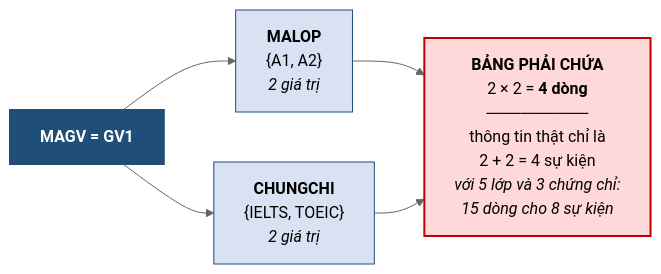
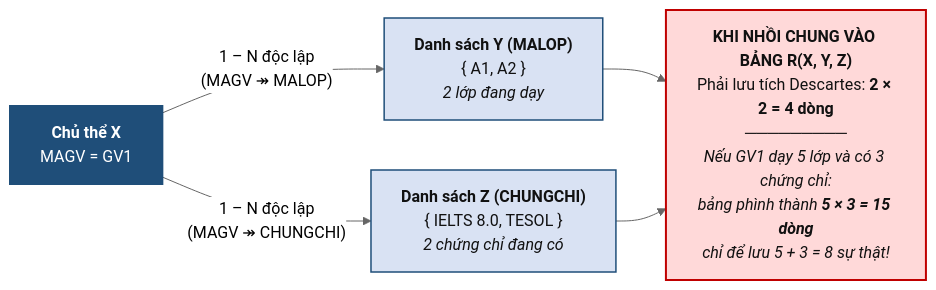
Before and after one commit to CuongNguyenDAU/csdl-dbs201: the third of 3 diagrams in docs/chuong-5/5-10-dang-chuan-muc-cao-va-phi-chuan-hoa.md, drawn with Mermaid (neutral theme). The commit also changed other lines of this file and 123 other files, not shown here.

Commit message:
Cập nhật bài giảng v7: sơ đồ ER ký pháp Chen, hình minh họa tự vẽ, mở rộng toàn diện Chương 5 và bổ sung lời giải A4, B5

````diff
--- a/docs/chuong-5/5-10-dang-chuan-muc-cao-va-phi-chuan-hoa.md
+++ b/docs/chuong-5/5-10-dang-chuan-muc-cao-va-phi-chuan-hoa.md
@@ -52,11 +151,11 @@
 ```mermaid
 flowchart LR
-    X["<b>MAGV = GV1</b>"] --> Y["<b>MALOP</b><br/>{A1, A2}<br/><i>2 giá trị</i>"]
-    X --> Z["<b>CHUNGCHI</b><br/>{IELTS, TOEIC}<br/><i>2 giá trị</i>"]
-    Y --> R["<b>BẢNG PHẢI CHỨA</b><br/>2 × 2 = <b>4 dòng</b><br/>─────────<br/>thông tin thật chỉ là<br/>2 + 2 = 4 sự kiện<br/><i>với 5 lớp và 3 chứng chỉ:<br/>15 dòng cho 8 sự kiện</i>"]
+    X["<b>Chủ thể X</b><br/>MAGV = GV1"] -->|"1 – N độc lập<br/>(MAGV ↠ MALOP)"| Y["<b>Danh sách Y (MALOP)</b><br/>{ A1, A2 }<br/><i>2 lớp đang dạy</i>"]
+    X -->|"1 – N độc lập<br/>(MAGV ↠ CHUNGCHI)"| Z["<b>Danh sách Z (CHUNGCHI)</b><br/>{ IELTS 8.0, TESOL }<br/><i>2 chứng chỉ đang có</i>"]
+    Y --> R["<b>KHI NHỒI CHUNG VÀO BẢNG R(X, Y, Z)</b><br/>Phải lưu tích Descartes: <b>2 × 2 = 4 dòng</b><br/>─────────<br/><i>Nếu GV1 dạy 5 lớp và có 3 chứng chỉ:<br/>bảng phình thành <b>5 × 3 = 15 dòng</b><br/>chỉ để lưu 5 + 3 = 8 sự thật!</i>"]
     Z --> R
-    style X fill:#1F4E79,color:#fff,stroke:#1F4E79,stroke-width:2px
-    style Y fill:#D9E2F3,stroke:#1F4E79
-    style Z fill:#D9E2F3,stroke:#1F4E79
-    style R fill:#FFD9D9,stroke:#C00000,stroke-width:2px
+    style X fill:#1F4E79,color:#ffffff,stroke:#1F4E79,stroke-width:2px
+    style Y fill:#D9E2F3,color:#111111,stroke:#1F4E79,stroke-width:1.5px
+    style Z fill:#D9E2F3,color:#111111,stroke:#1F4E79,stroke-width:1.5px
+    style R fill:#FFD9D9,color:#111111,stroke:#C00000,stroke-width:2px
 ```
````
